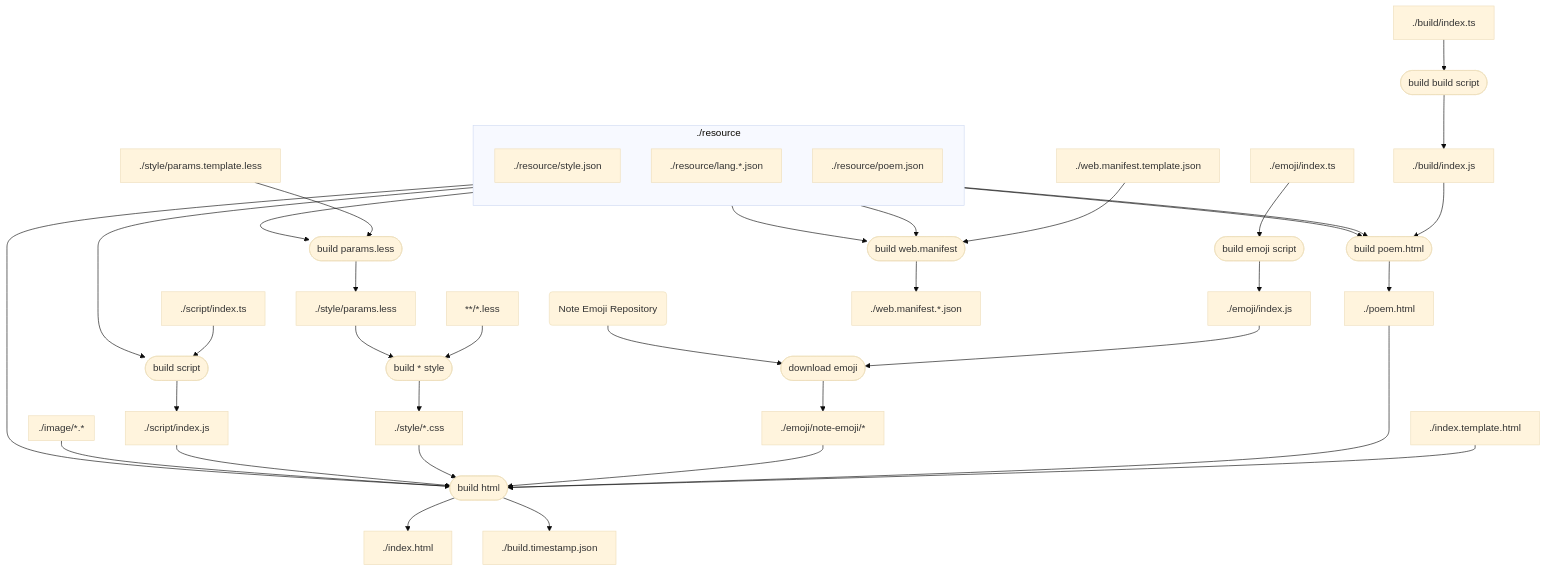
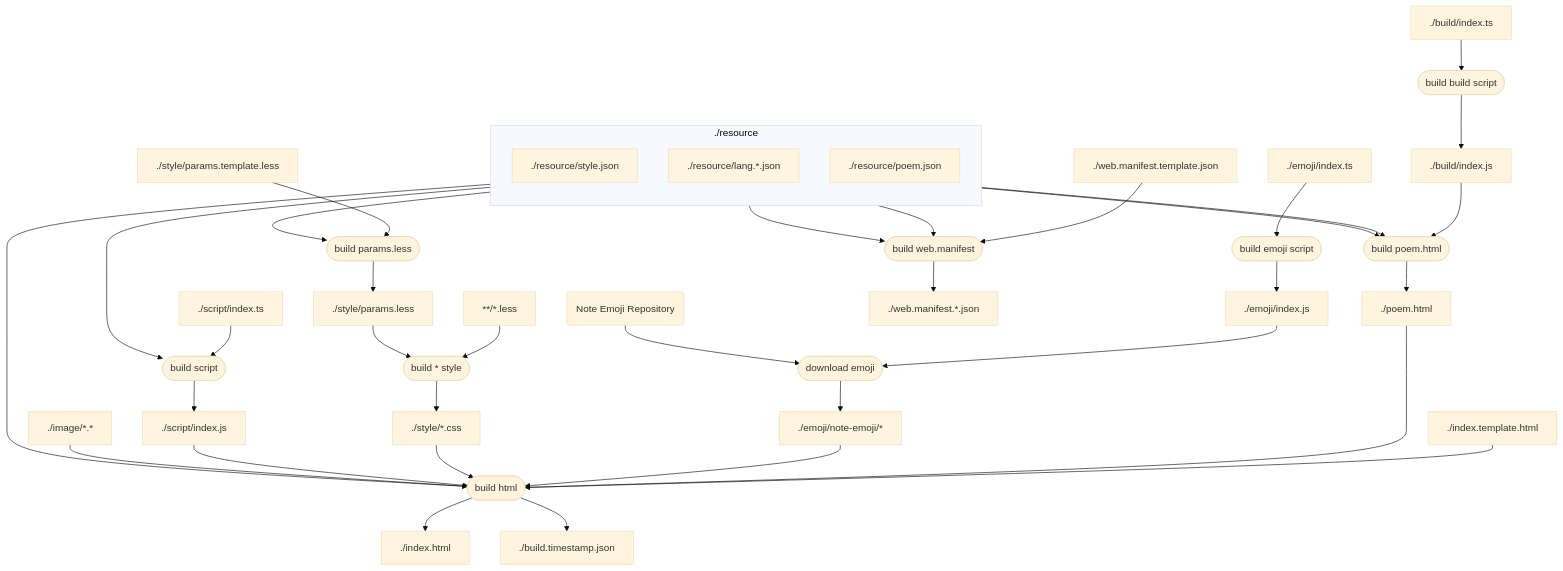
Before and after one commit to wraith13/cyclic-todo: the diagram in README.md, drawn with Mermaid (base theme).

Commit message:
🛠 実装 ( WIP )

````diff
--- a/README.md
+++ b/README.md
@@ -40,36 +40,33 @@
 ```mermaid
 graph TB;
     subgraph ./resource
         direction TB;
         ./resource/style.json;
         ./resource/lang.*.json;
         ./resource/poem.json;
-    end
-    subgraph ./image/*.*
-        direction TB;
     end
     ./resource/lang.*.json-->bph([build poem.html]);
     ./resource/lang.*.json-->bwm([build web.manifest])
     ./resource/style.json-->bpl([build params.less]);
     ./resource/style.json-->bwm([build web.manifest])
     ./resource/poem.json-->bph([build poem.html]);
     ./resource-->bs([build script]);
     ./resource-->bh([build html]);
     ./emoji/index.ts-->bes([build emoji script])-->./emoji/index.js;
     ./emoji/index.js-->de([download emoji])-->./emoji/note-emoji/*;
     ner(Note Emoji Repository)-->de([download emoji]);
     ./style/params.template.less-->bpl([build params.less])-->./style/params.less;
     **/*.less-->bst([build * style])-->./style/*.css;
     ./style/params.less-->bst([build * style])
     ./build/index.ts-->bbs([build build script])-->./build/index.js;
     ./build/index.js-->bph([build poem.html])-->./poem.html;
     ./script/index.ts-->bs([build script])-->./script/index.js;
     ./index.template.html-->bh([build html])-->./index.html;
     ./poem.html-->bh([build html]);
     ./emoji/note-emoji/*-->bh([build html]);
     ./style/*.css-->bh([build html]);
     ./script/index.js-->bh([build html]);
     ./image/*.*-->bh([build html]);
     bh([build html])-->./build.timestamp.json;
     ./web.manifest.template.json-->bwm([build web.manifest])-->./web.manifest.*.json;
 ```
````
